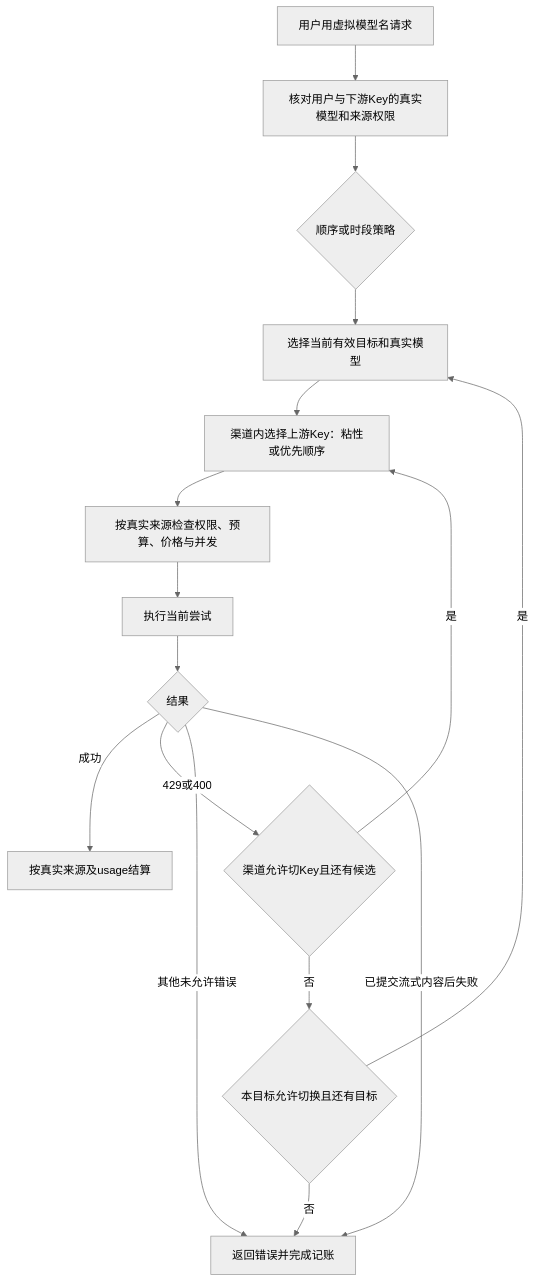
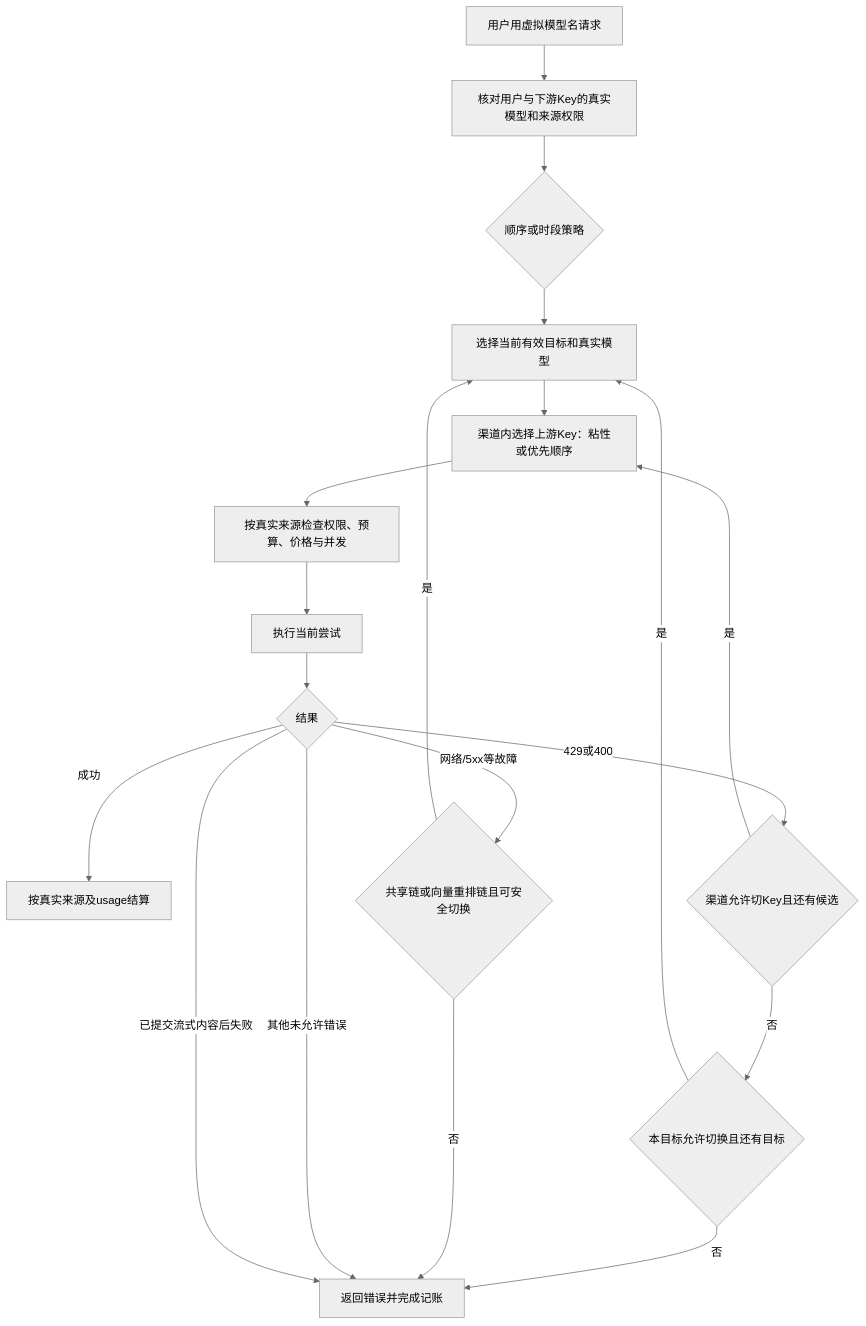
Before and after one commit to qiwolf/tokengo: the diagram in docs/provider-key-pools.md, drawn with Mermaid (neutral theme). The commit also changed other lines of this file and 19 other files, not shown here.

````diff
--- a/docs/provider-key-pools.md
+++ b/docs/provider-key-pools.md
@@ -17,18 +29,21 @@
 ```mermaid
 flowchart TD
     A[用户用虚拟模型名请求] --> B[核对用户与下游Key的真实模型和来源权限]
     B --> C{顺序或时段策略}
     C --> D[选择当前有效目标和真实模型]
     D --> E[渠道内选择上游Key：粘性或优先顺序]
     E --> F[按真实来源检查权限、预算、价格与并发]
     F --> G[执行当前尝试]
     G --> H{结果}
     H -->|成功| I[按真实来源及usage结算]
     H -->|429或400| J{渠道允许切Key且还有候选}
     J -->|是| E
     J -->|否| K{本目标允许切换且还有目标}
     K -->|是| D
     K -->|否| L[返回错误并完成记账]
+    H -->|网络/5xx等故障| M{共享链或向量重排链且可安全切换}
+    M -->|是| D
+    M -->|否| L
     H -->|其他未允许错误| L
     H -->|已提交流式内容后失败| L
 ```
````
